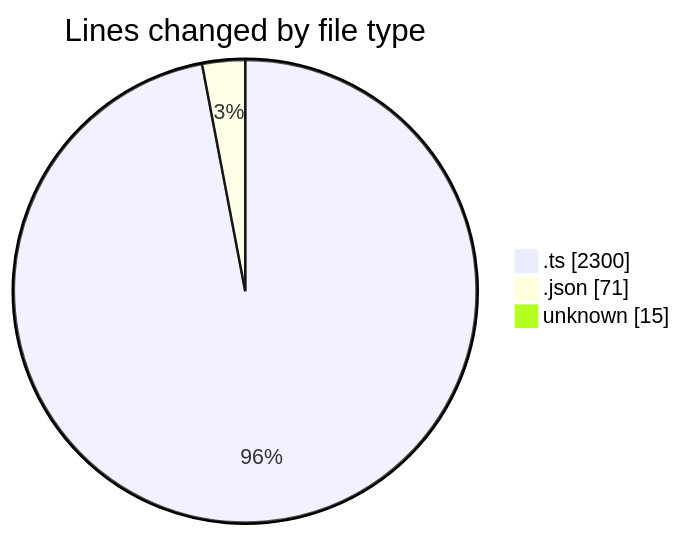
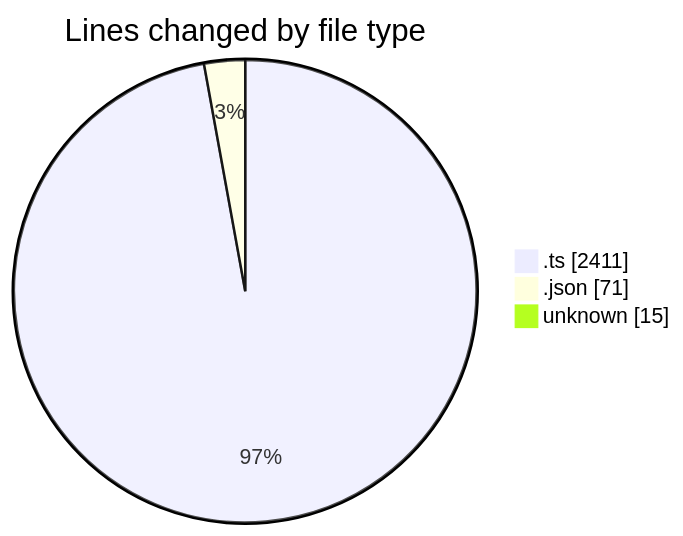
Before and after one commit to lephambinh05/code-tracking: the first of 2 diagrams in 2025-09-12/hiai-phf/README.md, drawn with Mermaid. The commit also changed other lines of this file and 1 other file, not shown here.

````diff
--- a/2025-09-12/hiai-phf/README.md
+++ b/2025-09-12/hiai-phf/README.md
@@ -27,7 +27,7 @@
 ```mermaid
 pie showData
 title Lines changed by file type
-".ts" : 2300
+".ts" : 2411
 ".json" : 71
 "unknown" : 15
 ```
````
